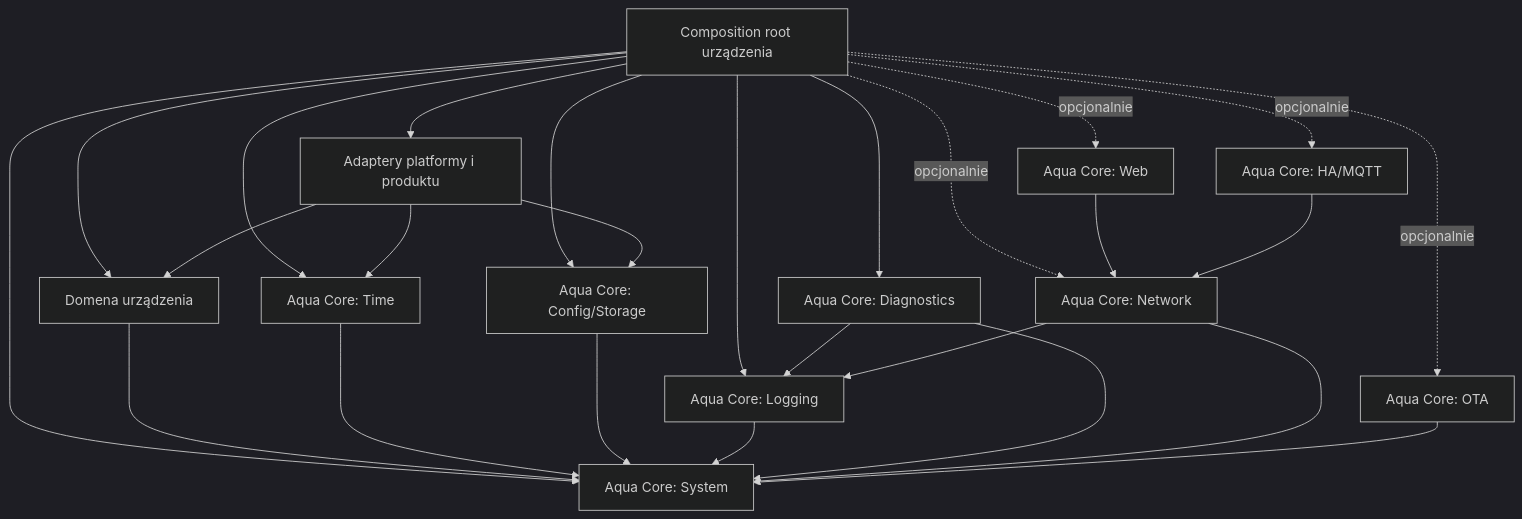
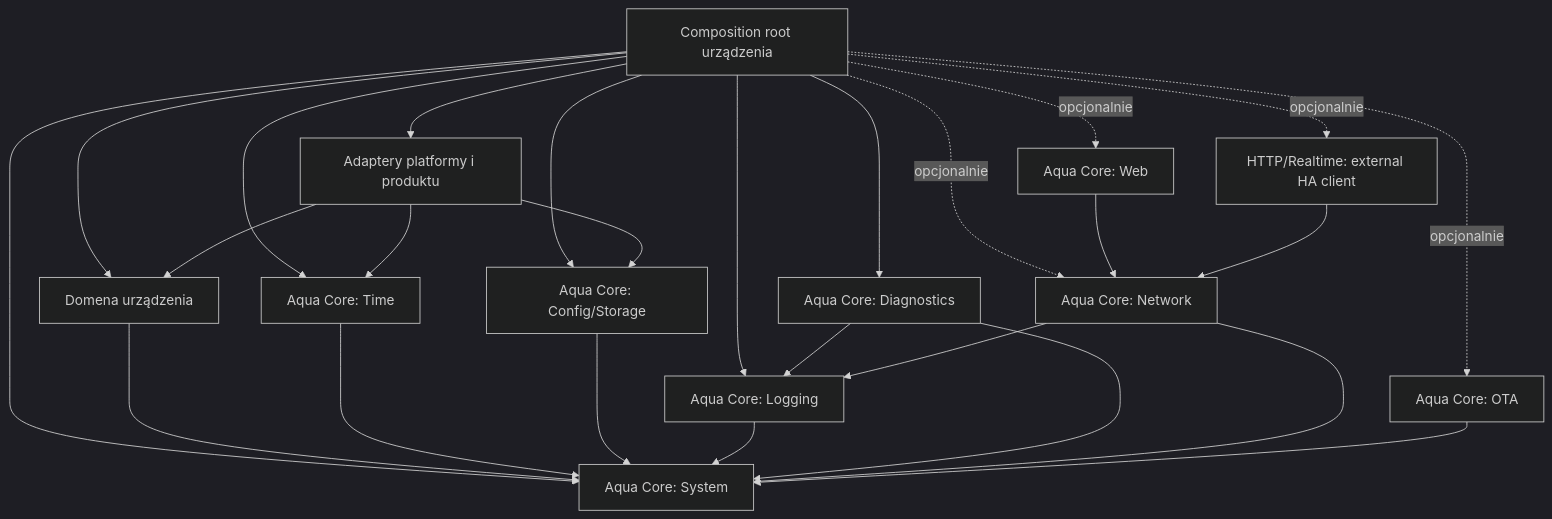
The diagram in aquaOneLuma/docs/20_AQUA_CORE_ARCHITECTURE.md (pimowo/aquaOne), drawn with Mermaid (dark theme) before and after one commit. The commit also changed other lines of this file and 25 other files, not shown here.

````diff
--- a/aquaOneLuma/docs/20_AQUA_CORE_ARCHITECTURE.md
+++ b/aquaOneLuma/docs/20_AQUA_CORE_ARCHITECTURE.md
@@ -323,29 +323,29 @@
 ```mermaid
 flowchart TD
     APP[Composition root urządzenia] --> DOMAIN[Domena urządzenia]
     APP --> ADAPTERS[Adaptery platformy i produktu]
     APP --> SYSTEM[Aqua Core: System]
     APP --> TIME[Aqua Core: Time]
     APP --> CONFIG[Aqua Core: Config/Storage]
     APP --> LOG[Aqua Core: Logging]
     APP --> DIAG[Aqua Core: Diagnostics]
     APP -. opcjonalnie .-> NET[Aqua Core: Network]
     APP -. opcjonalnie .-> WEB[Aqua Core: Web]
-    APP -. opcjonalnie .-> MQTT[Aqua Core: HA/MQTT]
+    APP -. opcjonalnie .-> HA[HTTP/Realtime: external HA client]
     APP -. opcjonalnie .-> OTA[Aqua Core: OTA]
 
     DOMAIN --> SYSTEM
     ADAPTERS --> DOMAIN
     ADAPTERS --> TIME
     ADAPTERS --> CONFIG
     TIME --> SYSTEM
     CONFIG --> SYSTEM
     LOG --> SYSTEM
     DIAG --> SYSTEM
     DIAG --> LOG
     NET --> SYSTEM
     NET --> LOG
     WEB --> NET
-    MQTT --> NET
+    HA --> NET
     OTA --> SYSTEM
 ```
````
